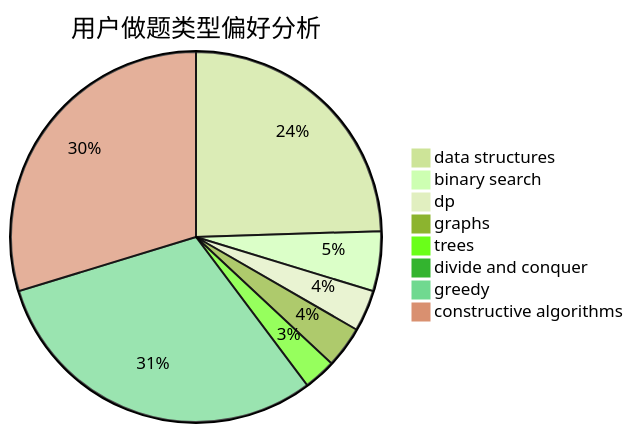
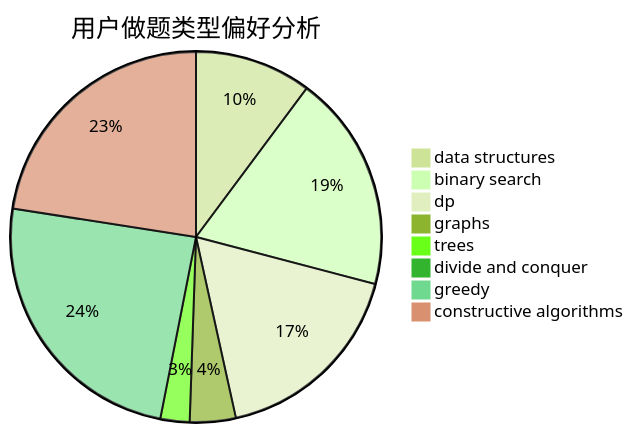
The second of 3 diagrams in docs/user/u2391.md (sherpahu/cfrs.github.io), drawn with Mermaid (forest theme) before and after one commit. The commit also changed other lines of this file and 2770 other files, not shown here.

````diff
--- a/docs/user/u2391.md
+++ b/docs/user/u2391.md
@@ -23,11 +23,11 @@
 ```mermaid
 pie title 用户做题类型偏好分析
-    "data structures" :  61
-    "binary search" :  13
-    "dp" :  9
-    "graphs" :  9
+    "data structures" :  28
+    "binary search" :  52
+    "dp" :  48
+    "graphs" :  11
     "trees" :  7
     "divide and conquer" :  0
-    "greedy" :  76
-    "constructive algorithms" :  74
+    "greedy" :  67
+    "constructive algorithms" :  62
 ```
````
